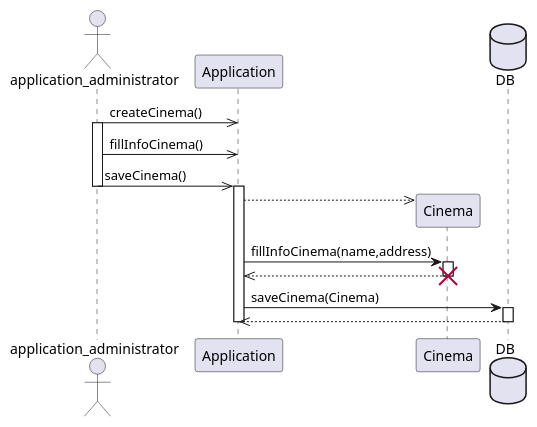
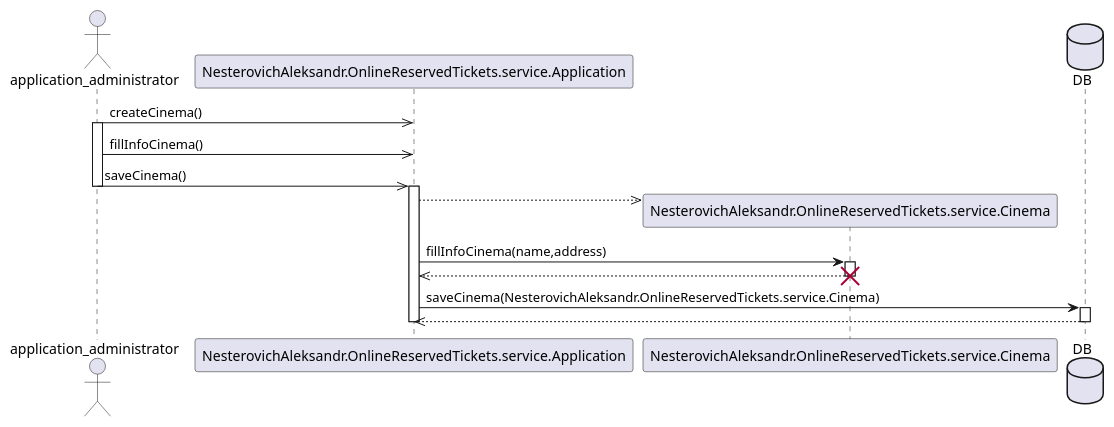
Before and after one commit to chivo-retsen/OnlineReservedTickets: the diagram in src/main/resources/UML/add virtual cinema.puml, drawn with PlantUML. The commit also changed 31 other files, not shown here.

```diff
--- a/src/main/resources/UML/add virtual cinema.puml
+++ b/src/main/resources/UML/add virtual cinema.puml
@@ -1,29 +1,29 @@
 @startuml
 
 actor application_administrator
 
-application_administrator ->> Application : createCinema()
+application_administrator ->> NesterovichAleksandr.OnlineReservedTickets.service.Application : createCinema()
 activate application_administrator
-application_administrator ->> Application : fillInfoCinema()
-application_administrator ->> Application : saveCinema()
+application_administrator ->> NesterovichAleksandr.OnlineReservedTickets.service.Application : fillInfoCinema()
+application_administrator ->> NesterovichAleksandr.OnlineReservedTickets.service.Application : saveCinema()
 deactivate application_administrator
 
-activate Application
-create Cinema
-Application -->> Cinema
-Application -> Cinema : fillInfoCinema(name,address)
-activate Cinema
-Application <<-- Cinema
-deactivate Cinema
-destroy Cinema
+activate NesterovichAleksandr.OnlineReservedTickets.service.Application
+create NesterovichAleksandr.OnlineReservedTickets.service.Cinema
+NesterovichAleksandr.OnlineReservedTickets.service.Application -->> NesterovichAleksandr.OnlineReservedTickets.service.Cinema
+NesterovichAleksandr.OnlineReservedTickets.service.Application -> NesterovichAleksandr.OnlineReservedTickets.service.Cinema : fillInfoCinema(name,address)
+activate NesterovichAleksandr.OnlineReservedTickets.service.Cinema
+NesterovichAleksandr.OnlineReservedTickets.service.Application <<-- NesterovichAleksandr.OnlineReservedTickets.service.Cinema
+deactivate NesterovichAleksandr.OnlineReservedTickets.service.Cinema
+destroy NesterovichAleksandr.OnlineReservedTickets.service.Cinema
 
 database DB
 
-Application -> DB : saveCinema(Cinema)
+NesterovichAleksandr.OnlineReservedTickets.service.Application -> DB : saveCinema(NesterovichAleksandr.OnlineReservedTickets.service.Cinema)
 activate DB
-Application <<-- DB
+NesterovichAleksandr.OnlineReservedTickets.service.Application <<-- DB
 deactivate DB
 
-deactivate Application
+deactivate NesterovichAleksandr.OnlineReservedTickets.service.Application
 
 @enduml
```
